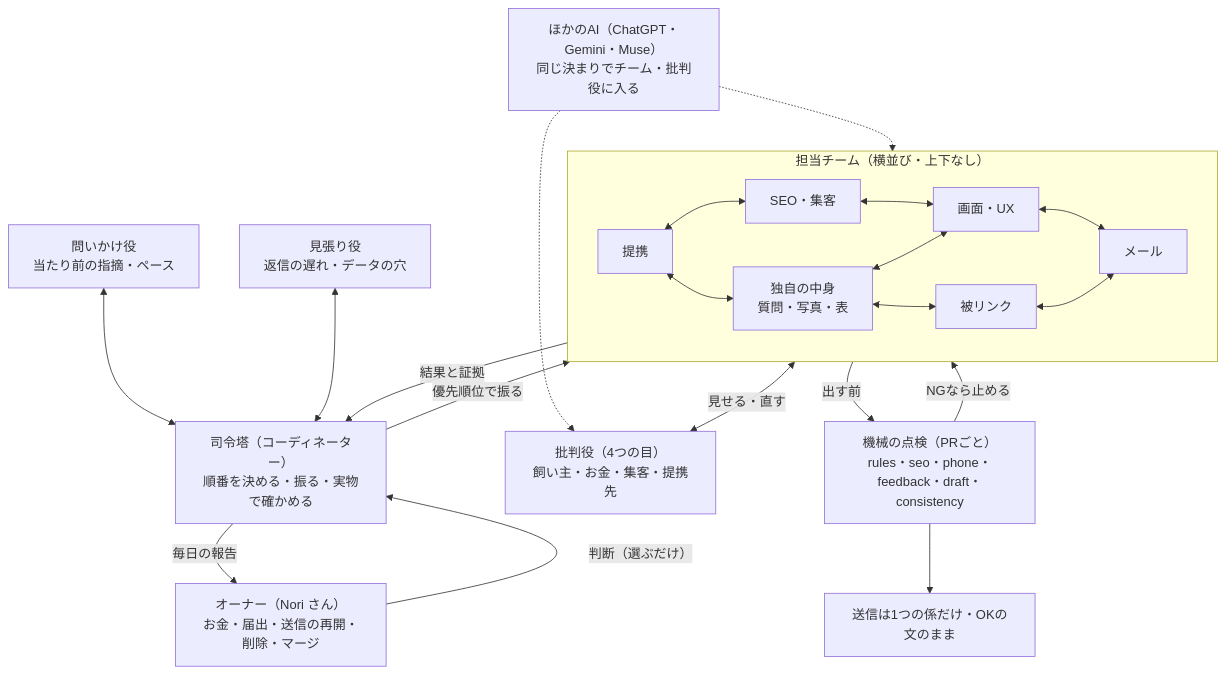
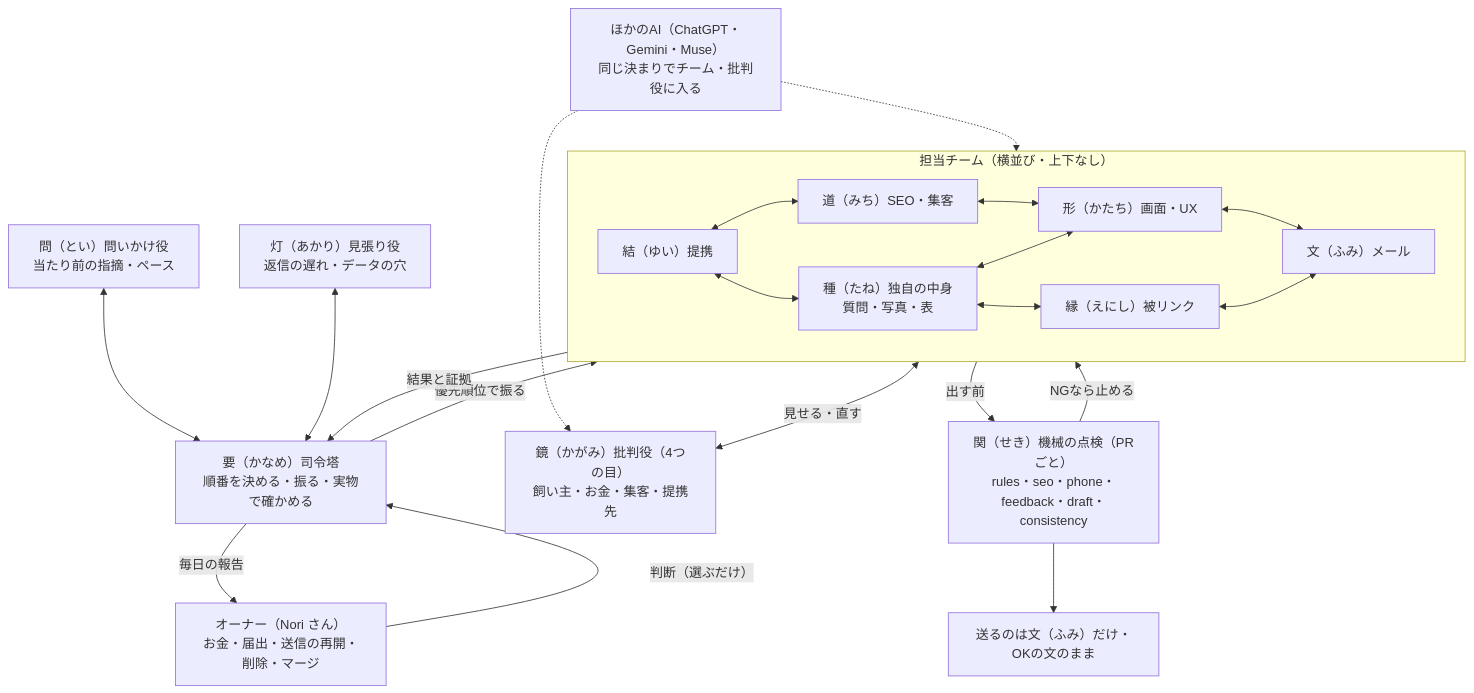
The diagram in docs/ai/framework/org-chart.md (NORI-silver/pet-lp), drawn with Mermaid before and after one commit. The commit also changed other lines of this file and 2 other files, not shown here.

First line of the commit message:
[G] 担当に名前（要・問・灯・結・種・縁・道・形・文・鏡・関）を体制図・org-chart.md・AGENTS.md に

````diff
--- a/docs/ai/framework/org-chart.md
+++ b/docs/ai/framework/org-chart.md
@@ -7,31 +7,31 @@
 ```mermaid
 flowchart TB
   O["オーナー（Nori さん）<br/>お金・届出・送信の再開・削除・マージ"]
-  C["司令塔（コーディネーター）<br/>順番を決める・振る・実物で確かめる"]
-  Q["問いかけ役<br/>当たり前の指摘・ペース"]
-  W["見張り役<br/>返信の遅れ・データの穴"]
+  C["要（かなめ）司令塔<br/>順番を決める・振る・実物で確かめる"]
+  Q["問（とい）問いかけ役<br/>当たり前の指摘・ペース"]
+  W["灯（あかり）見張り役<br/>返信の遅れ・データの穴"]
   subgraph T["担当チーム（横並び・上下なし）"]
-    P["提携"] <--> U["独自の中身<br/>質問・写真・表"] <--> L["被リンク"]
-    S["SEO・集客"] <--> X2["画面・UX"] <--> M["メール"]
+    P["結（ゆい）提携"] <--> U["種（たね）独自の中身<br/>質問・写真・表"] <--> L["縁（えにし）被リンク"]
+    S["道（みち）SEO・集客"] <--> X2["形（かたち）画面・UX"] <--> M["文（ふみ）メール"]
     P <--> S
     U <--> X2
     L <--> M
   end
-  K["批判役（4つの目）<br/>飼い主・お金・集客・提携先"]
-  G["機械の点検（PRごと）<br/>rules・seo・phone・feedback・draft・consistency"]
-  SEND["送信は1つの係だけ・OKの文のまま"]
+  K["鏡（かがみ）批判役（4つの目）<br/>飼い主・お金・集客・提携先"]
+  G["関（せき）機械の点検（PRごと）<br/>rules・seo・phone・feedback・draft・consistency"]
+  SEND["送るのは文（ふみ）だけ・OKの文のまま"]
   X["ほかのAI（ChatGPT・Gemini・Muse）<br/>同じ決まりでチーム・批判役に入る"]
 
   C -->|毎日の報告| O
   O -->|判断（選ぶだけ）| C
   Q <--> C
   W <--> C
   C -->|優先順位で振る| T
   T -->|結果と証拠| C
   T <-->|見せる・直す| K
   T -->|出す前| G
   G -->|NGなら止める| T
   G --> SEND
   X -.-> T
   X -.-> K
 ```
````
